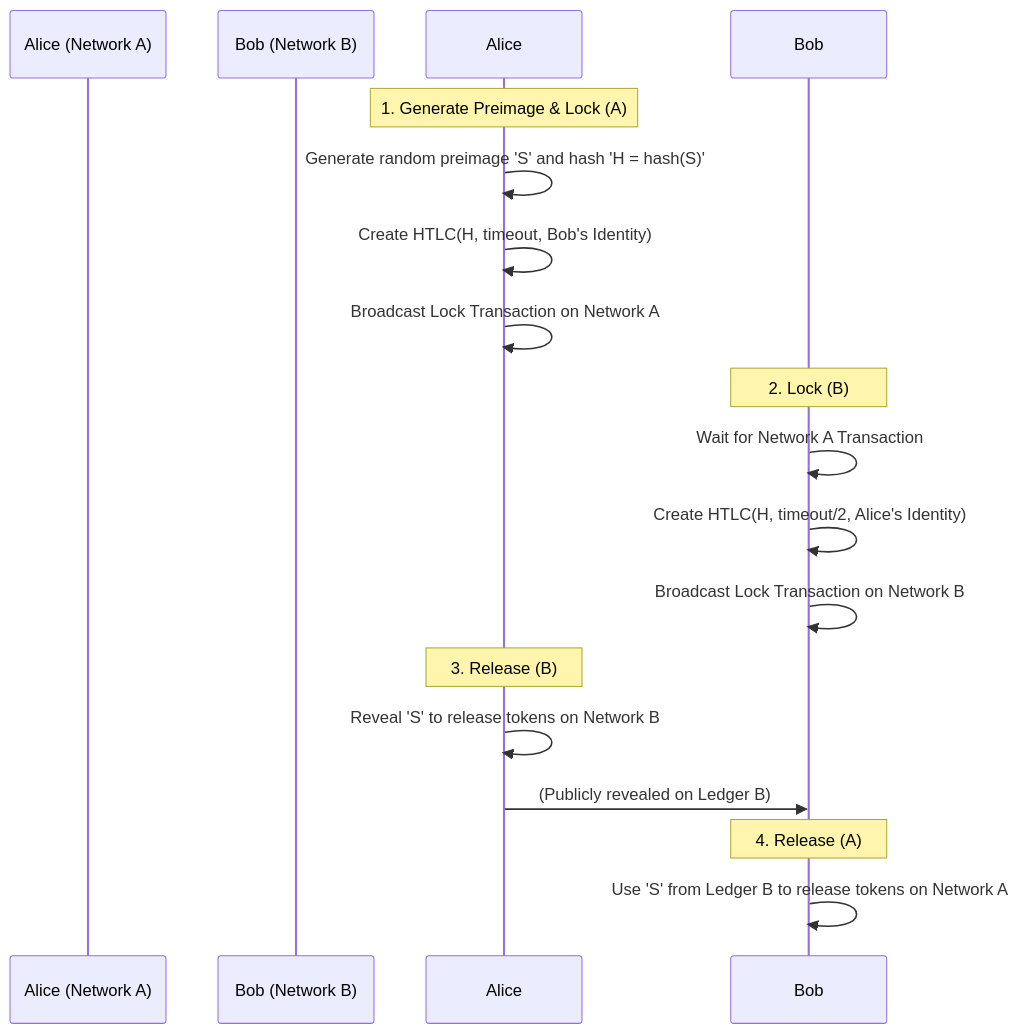
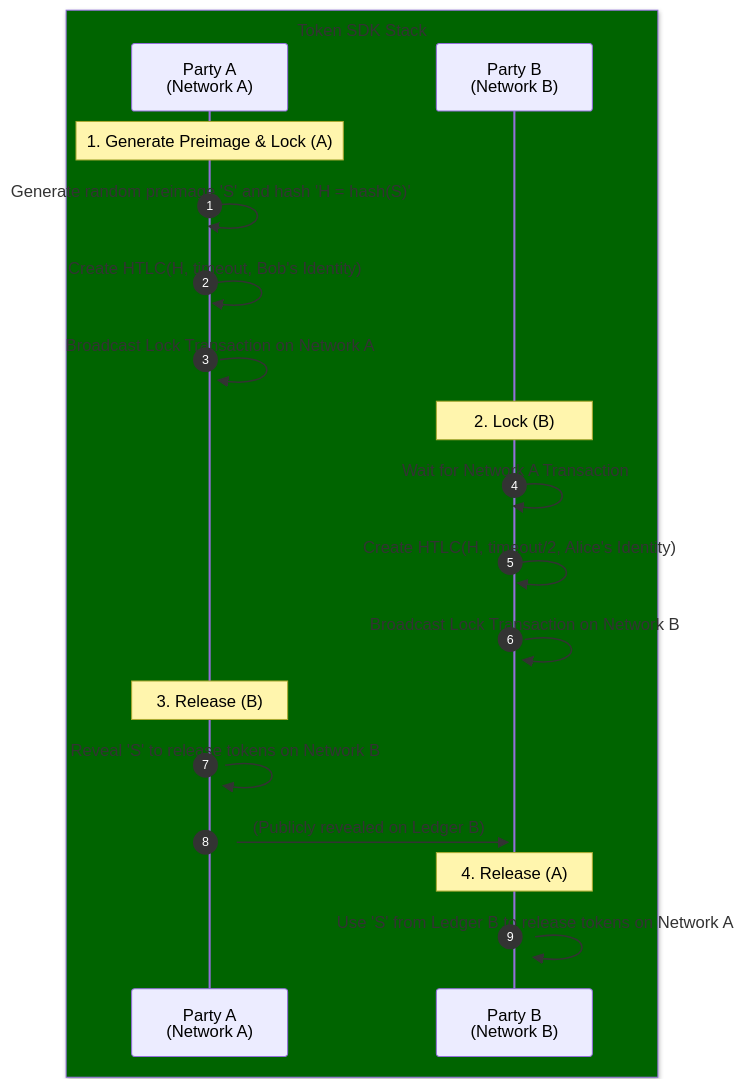
The diagram in docs/services/interop.md (hyperledger-labs/fabric-token-sdk), drawn with Mermaid before and after one commit. The commit also changed 5 other files, not shown here.

````diff
--- a/docs/services/interop.md
+++ b/docs/services/interop.md
@@ -16,22 +16,28 @@
 ```mermaid
 sequenceDiagram
-    participant Alice (Network A)
-    participant Bob (Network B)
-    
+    autonumber
+    participant Alice as Party A<br/>(Network A)
+    participant Bob as Party B<br/>(Network B)
+
+    box darkgreen Token SDK Stack
+        participant Alice
+        participant Bob
+    end
+
     Note over Alice: 1. Generate Preimage & Lock (A)
-    Alice->>Alice: Generate random preimage 'S' and hash 'H = hash(S)'
-    Alice->>Alice: Create HTLC(H, timeout, Bob's Identity)
-    Alice->>Alice: Broadcast Lock Transaction on Network A
-    
+    Alice->>+Alice: Generate random preimage 'S' and hash 'H = hash(S)'
+    Alice->>+Alice: Create HTLC(H, timeout, Bob's Identity)
+    Alice->>+Alice: Broadcast Lock Transaction on Network A
+
     Note over Bob: 2. Lock (B)
-    Bob->>Bob: Wait for Network A Transaction
-    Bob->>Bob: Create HTLC(H, timeout/2, Alice's Identity)
-    Bob->>Bob: Broadcast Lock Transaction on Network B
-    
+    Bob->>+Bob: Wait for Network A Transaction
+    Bob->>+Bob: Create HTLC(H, timeout/2, Alice's Identity)
+    Bob->>+Bob: Broadcast Lock Transaction on Network B
+
     Note over Alice: 3. Release (B)
-    Alice->>Alice: Reveal 'S' to release tokens on Network B
-    Alice->>Bob: (Publicly revealed on Ledger B)
-    
+    Alice->>+Alice: Reveal 'S' to release tokens on Network B
+    Alice->>+Bob: (Publicly revealed on Ledger B)
+
     Note over Bob: 4. Release (A)
-    Bob->>Bob: Use 'S' from Ledger B to release tokens on Network A
+    Bob->>+Bob: Use 'S' from Ledger B to release tokens on Network A
 ```
````
